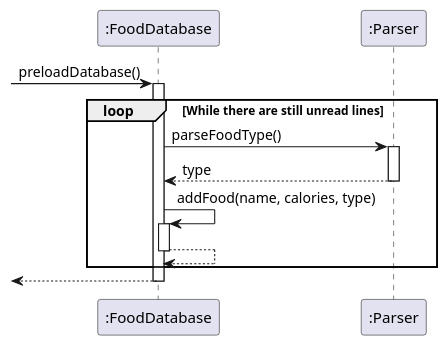
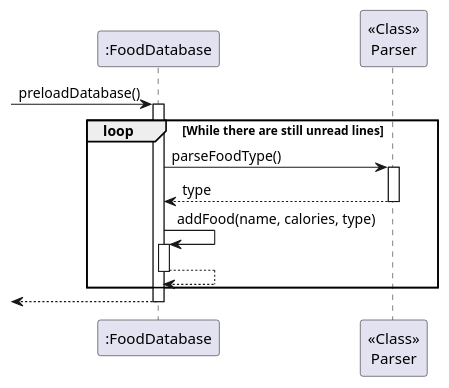
Before and after one commit to praj-bellakka/tp: the diagram in docs/diagrams-DG/FoodDatabase_preloadDatabase_Seq.puml, drawn with PlantUML.

Commit message:
Update DG diagram

```diff
--- a/docs/diagrams-DG/FoodDatabase_preloadDatabase_Seq.puml
+++ b/docs/diagrams-DG/FoodDatabase_preloadDatabase_Seq.puml
@@ -1,21 +1,21 @@
 @startuml
 'https://plantuml.com/sequence-diagram
 
 -> ":FoodDatabase": preloadDatabase()
 activate ":FoodDatabase"
 
 loop While there are still unread lines
 
-    ":FoodDatabase" -> ":Parser": parseFoodType()
-    activate ":Parser"
+    ":FoodDatabase" -> "<<Class>>\nParser": parseFoodType()
+    activate "<<Class>>\nParser"
     return type
 
     ":FoodDatabase" -> ":FoodDatabase": addFood(name, calories, type)
     activate ":FoodDatabase"
     return
 
 
 end
 
 return
 @enduml
```
